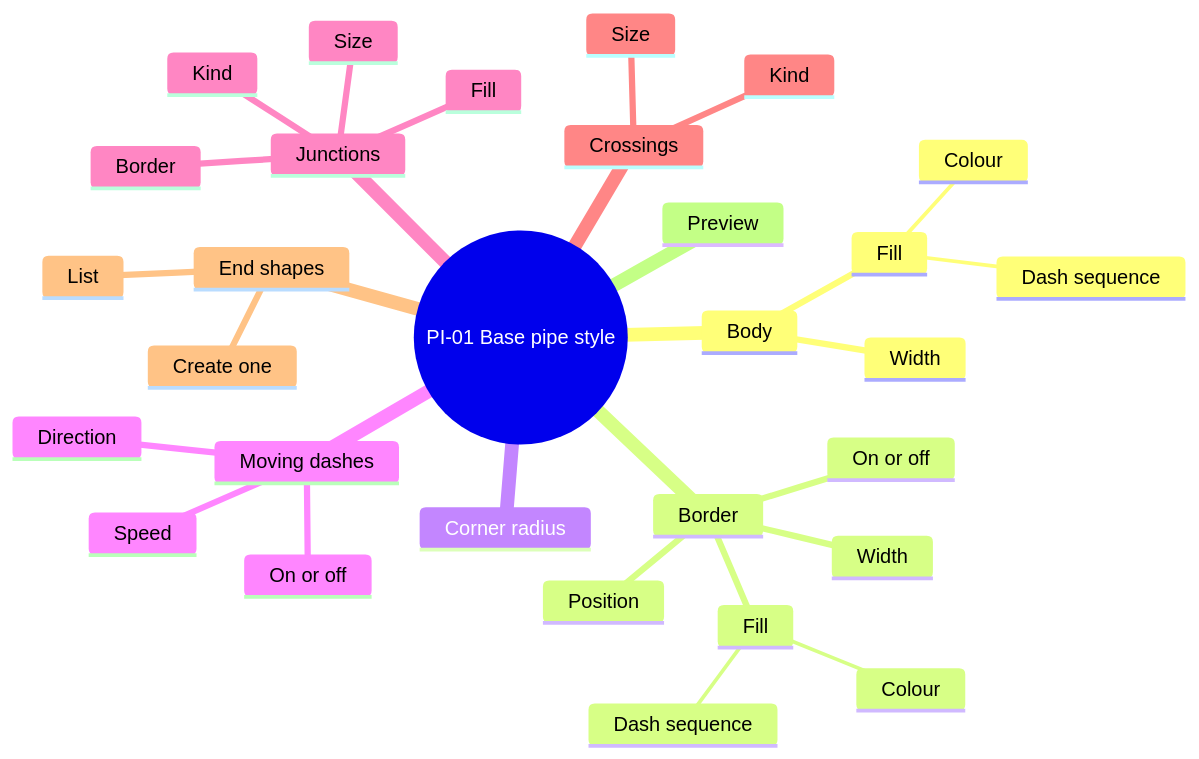
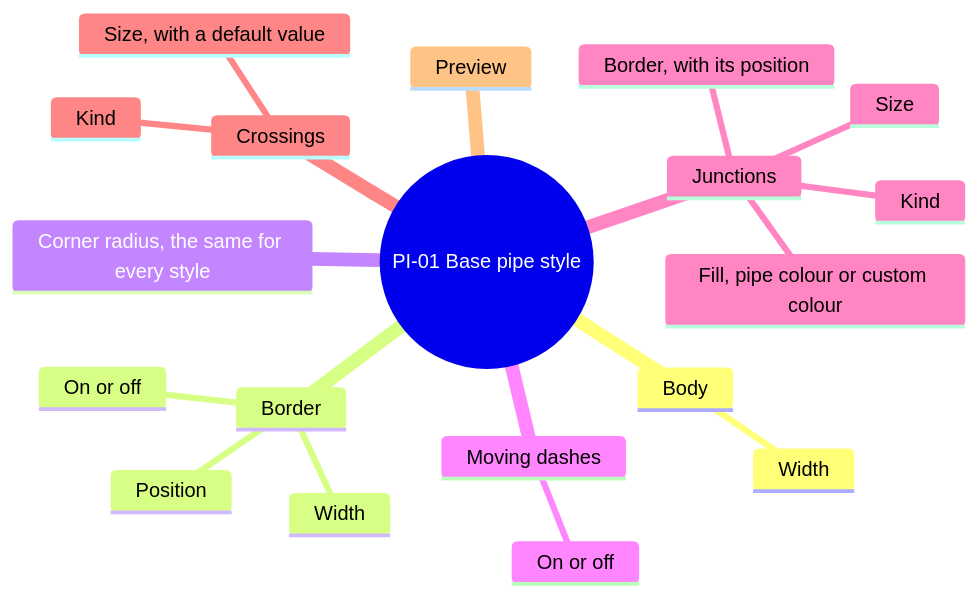
One commit to AlexandreGallais/synoptic-studio-spec changed the third of 8 diagrams in screens/pipes.md. Above: the diagram before and after it, drawn with Mermaid. The commit also changed other lines of this file and 12 other files, not shown here.

````diff
--- a/screens/pipes.md
+++ b/screens/pipes.md
@@ -40,33 +39,22 @@
 ```mermaid
 mindmap
   root((PI-01 Base pipe style))
     Body
       Width
-      Fill
-        Colour
-        Dash sequence
     Border
       On or off
       Width
       Position
-      Fill
-        Colour
-        Dash sequence
-    Corner radius
+    Corner radius, the same for every style
     Moving dashes
       On or off
-      Direction
-      Speed
     Junctions
       Kind
       Size
-      Fill
-      Border
+      Fill, pipe colour or custom colour
+      Border, with its position
     Crossings
       Kind
-      Size
-    End shapes
-      List
-      Create one
+      Size, with a default value
     Preview
 ```
````
